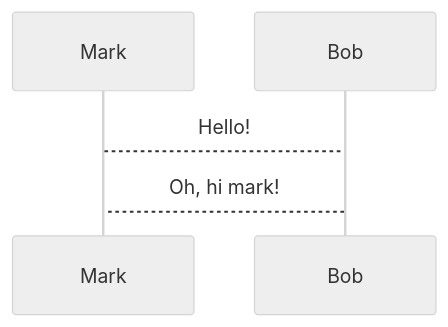
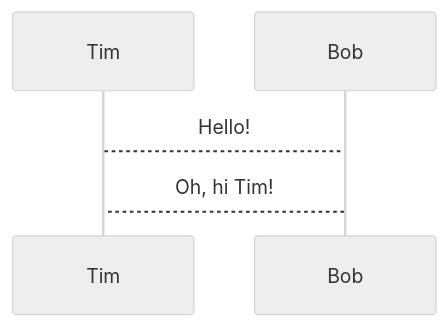
Before and after one commit to bakito/devcon-lozaern: the diagram in kubexporter_kubernetes_backup_better_together.md, drawn with Mermaid (neutral theme). The commit also changed other lines of this file and 15 other files, not shown here.

````diff
--- a/kubexporter_kubernetes_backup_better_together.md
+++ b/kubexporter_kubernetes_backup_better_together.md
@@ -33,5 +77,5 @@
 ```mermaid +render +width:50%
 sequenceDiagram
-    Mark --> Bob: Hello!
-    Bob --> Mark: Oh, hi mark!
+    Tim --> Bob: Hello!
+    Bob --> Tim: Oh, hi Tim!
 ```
````
